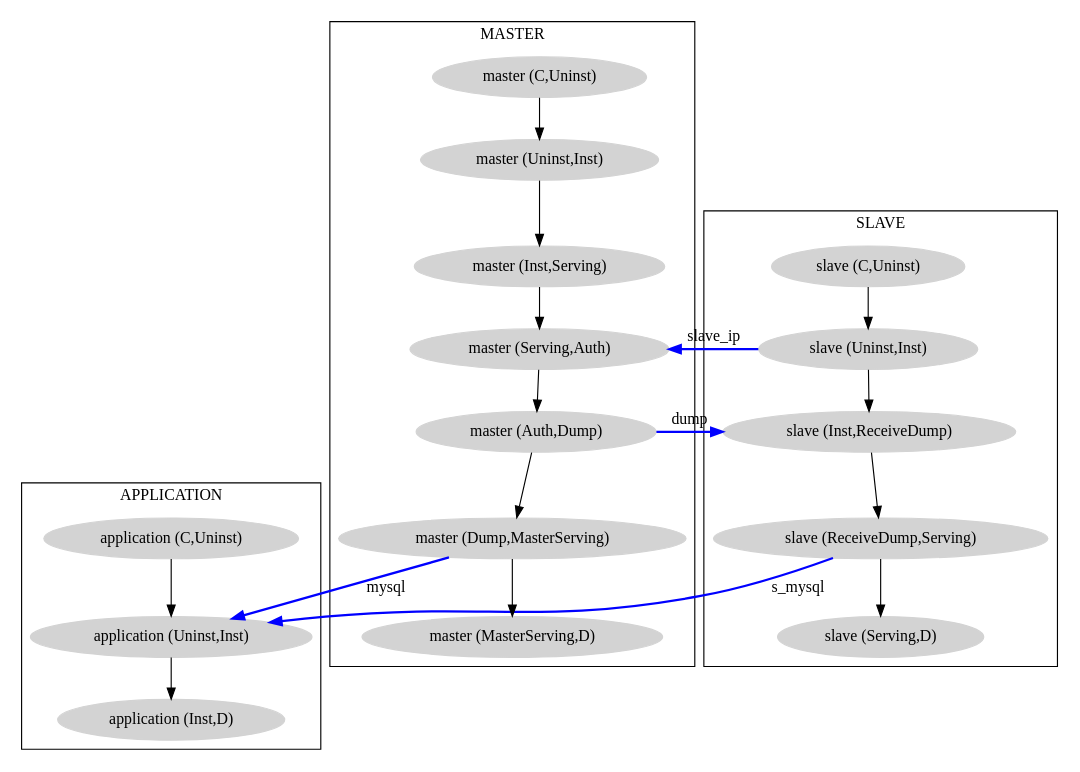
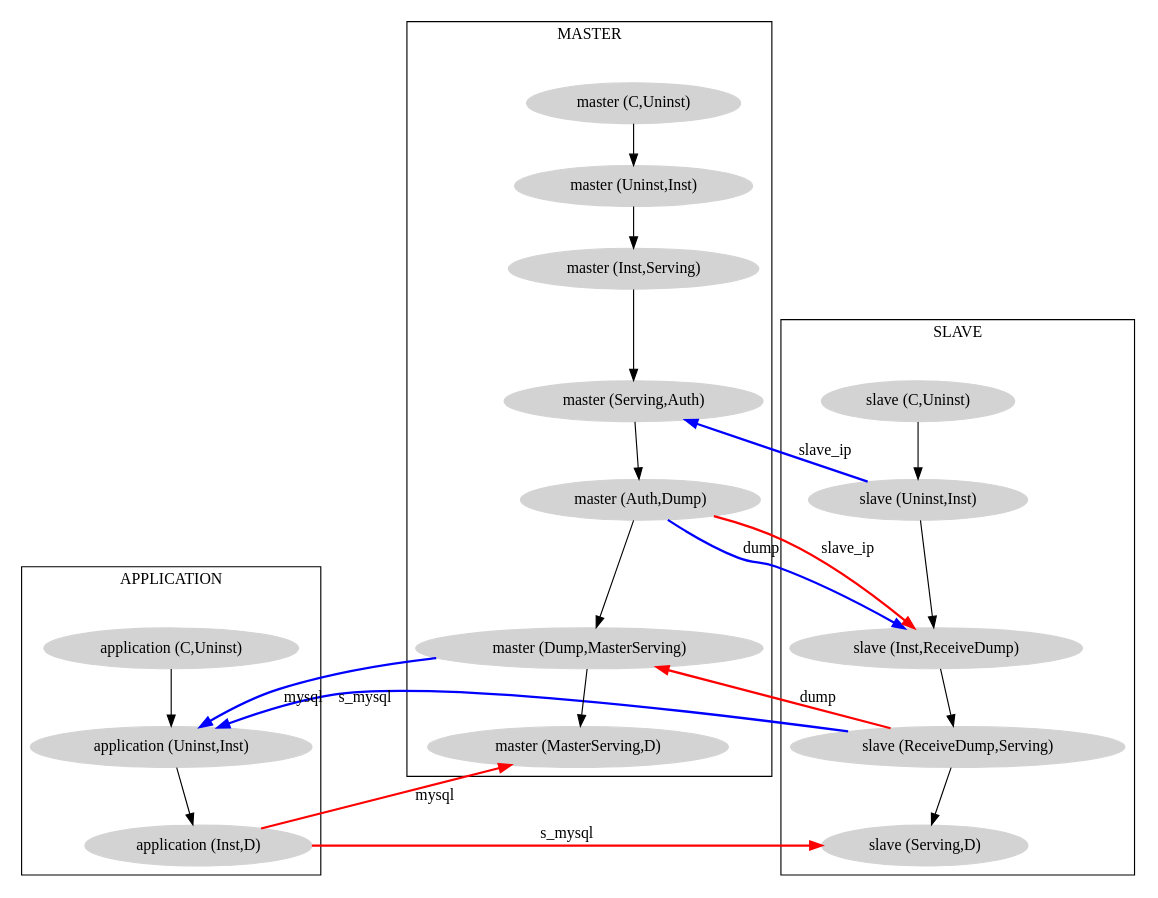
Before and after one commit to aeolus-project/metis: the diagram in results/mysql_master_slave_replication_abstract_plan.dot, drawn with Graphviz. The commit also changed 10 other files, not shown here.

```diff
--- a/results/mysql_master_slave_replication_abstract_plan.dot
+++ b/results/mysql_master_slave_replication_abstract_plan.dot
@@ -1,42 +1,47 @@
 // Abstract plan in DOT file representation 
 
 digraph {
 
 	// Instance line of application
 	subgraph cluster_application {
 		node[style=filled, color=lightgrey];
 		"application (C,Uninst)" -> "application (Uninst,Inst)";
 		"application (Uninst,Inst)" -> "application (Inst,D)";
 		label="APPLICATION";
 	}
 
 	// Instance line of slave
 	subgraph cluster_slave {
 		node[style=filled, color=lightgrey];
 		"slave (C,Uninst)" -> "slave (Uninst,Inst)";
 		"slave (Uninst,Inst)" -> "slave (Inst,ReceiveDump)";
 		"slave (Inst,ReceiveDump)" -> "slave (ReceiveDump,Serving)";
 		"slave (ReceiveDump,Serving)" -> "slave (Serving,D)";
 		label="SLAVE";
 	}
 
 	// Instance line of master
 	subgraph cluster_master {
 		node[style=filled, color=lightgrey];
 		"master (C,Uninst)" -> "master (Uninst,Inst)";
 		"master (Uninst,Inst)" -> "master (Inst,Serving)";
 		"master (Inst,Serving)" -> "master (Serving,Auth)";
 		"master (Serving,Auth)" -> "master (Auth,Dump)";
 		"master (Auth,Dump)" -> "master (Dump,MasterServing)";
 		"master (Dump,MasterServing)" -> "master (MasterServing,D)";
 		label="MASTER";
 	}
+	// Edges from instance line of application
+		"application (Inst,D)" -> "master (MasterServing,D)" [style=bold, label="mysql", color=red]; 
+		"application (Inst,D)" -> "slave (Serving,D)" [style=bold, label="s_mysql", color=red];
 
 	// Edges from instance line of slave
 		"slave (Uninst,Inst)" -> "master (Serving,Auth)" [style=bold, label="slave_ip", color=blue];
 		"slave (ReceiveDump,Serving)" -> "application (Uninst,Inst)" [style=bold, label="s_mysql", color=blue];
+		"slave (ReceiveDump,Serving)" -> "master (Dump,MasterServing)" [style=bold, label="dump", color=red];
 
 	// Edges from instance line of master
 		"master (Auth,Dump)" -> "slave (Inst,ReceiveDump)" [style=bold, label="dump", color=blue];
+		"master (Auth,Dump)" -> "slave (Inst,ReceiveDump)" [style=bold, label="slave_ip", color=red];
 		"master (Dump,MasterServing)" -> "application (Uninst,Inst)" [style=bold, label="mysql", color=blue];
 }
```
